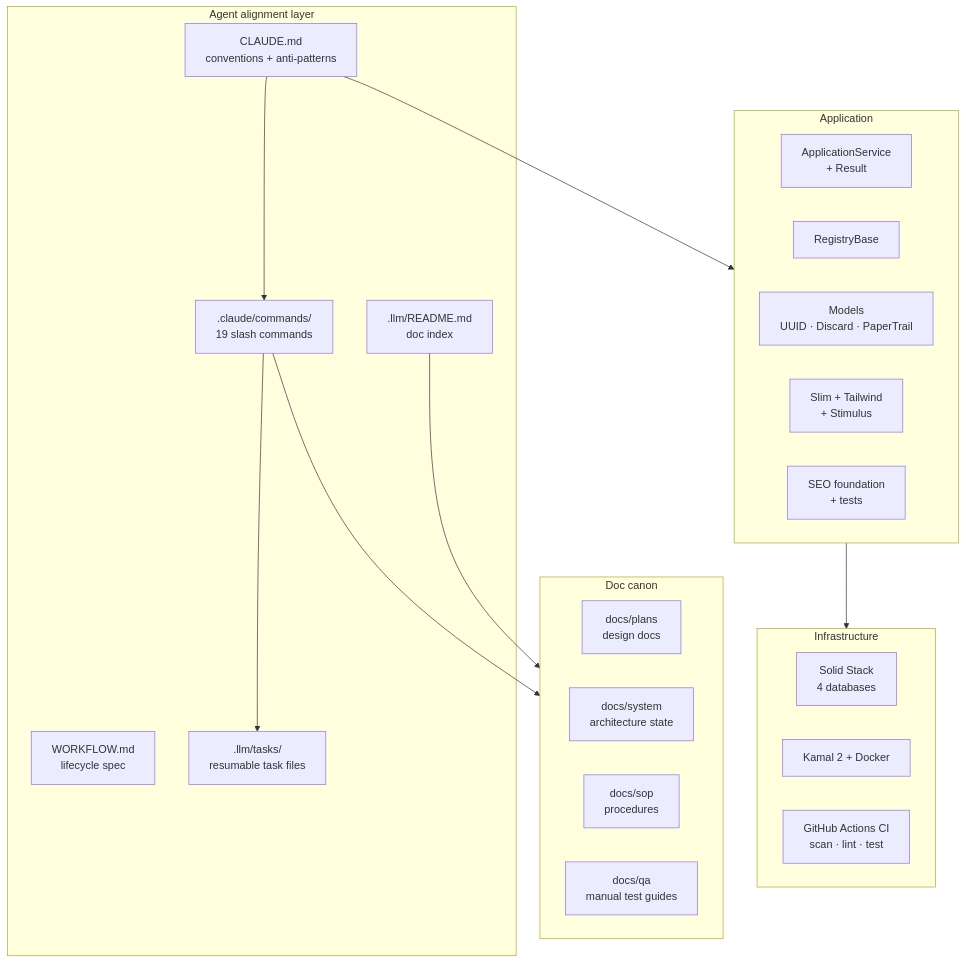
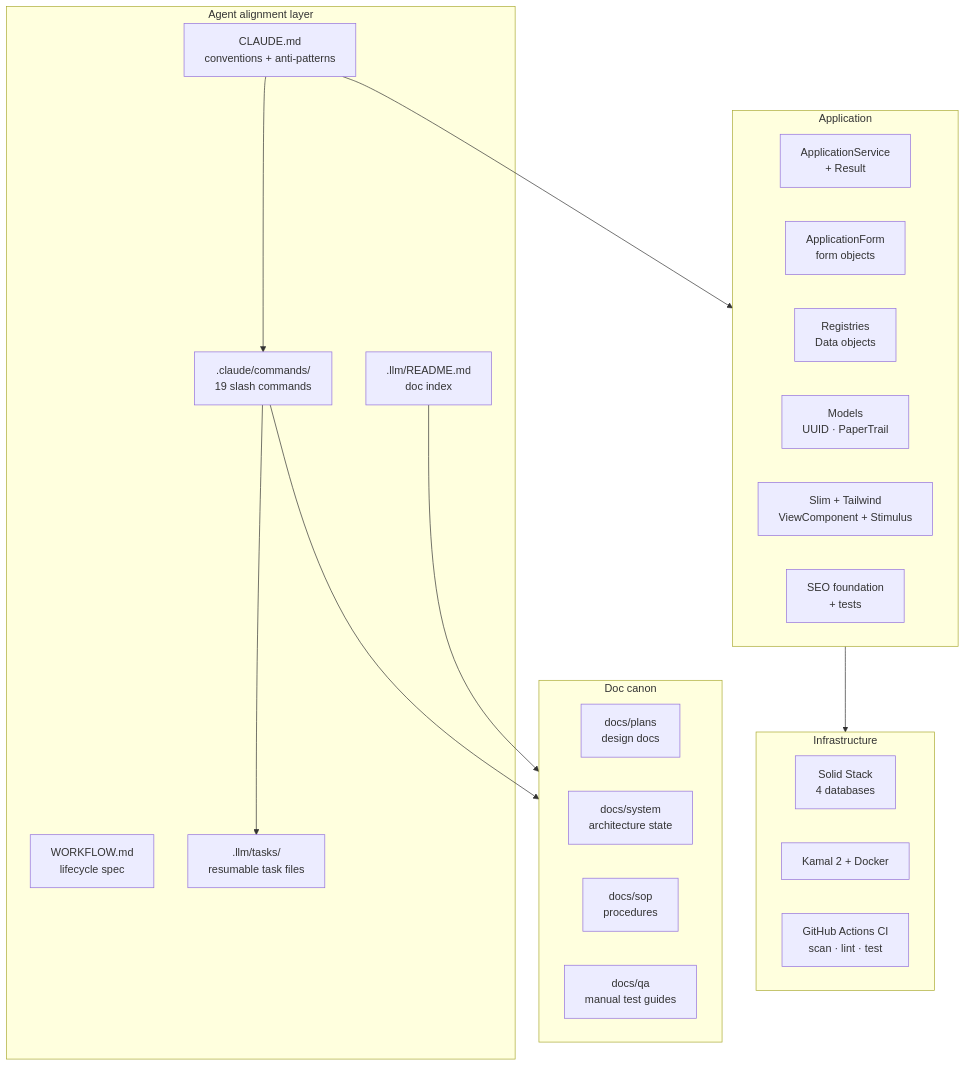
Before and after one commit to PositiveControl/rails-rocket-sheep: the first of 3 diagrams in docs/inventory.md, drawn with Mermaid. The commit also changed other lines of this file and 33 other files, not shown here.

````diff
--- a/docs/inventory.md
+++ b/docs/inventory.md
@@ -11,38 +11,39 @@
 ```mermaid
 flowchart TB
   subgraph AGENT ["Agent alignment layer"]
     CM["CLAUDE.md<br/>conventions + anti-patterns"]
     WF["WORKFLOW.md<br/>lifecycle spec"]
     CMD[".claude/commands/<br/>19 slash commands"]
     IDX[".llm/README.md<br/>doc index"]
     TSK[".llm/tasks/<br/>resumable task files"]
   end
 
   subgraph DOCS ["Doc canon"]
     DP["docs/plans<br/>design docs"]
     DSY["docs/system<br/>architecture state"]
     DSO["docs/sop<br/>procedures"]
     DQ["docs/qa<br/>manual test guides"]
   end
 
   subgraph APP ["Application"]
     SVC["ApplicationService<br/>+ Result"]
-    REG["RegistryBase"]
-    MOD["Models<br/>UUID · Discard · PaperTrail"]
-    VW["Slim + Tailwind<br/>+ Stimulus"]
+    FRM["ApplicationForm<br/>form objects"]
+    REG["Registries<br/>Data objects"]
+    MOD["Models<br/>UUID · PaperTrail"]
+    VW["Slim + Tailwind<br/>ViewComponent + Stimulus"]
     SEO["SEO foundation<br/>+ tests"]
   end
 
   subgraph INFRA ["Infrastructure"]
     SOLID["Solid Stack<br/>4 databases"]
     KAM["Kamal 2 + Docker"]
     CI["GitHub Actions CI<br/>scan · lint · test"]
   end
 
   CM --> CMD
   CMD --> DOCS
   CMD --> TSK
   IDX --> DOCS
   CM --> APP
   APP --> INFRA
 ```
````
